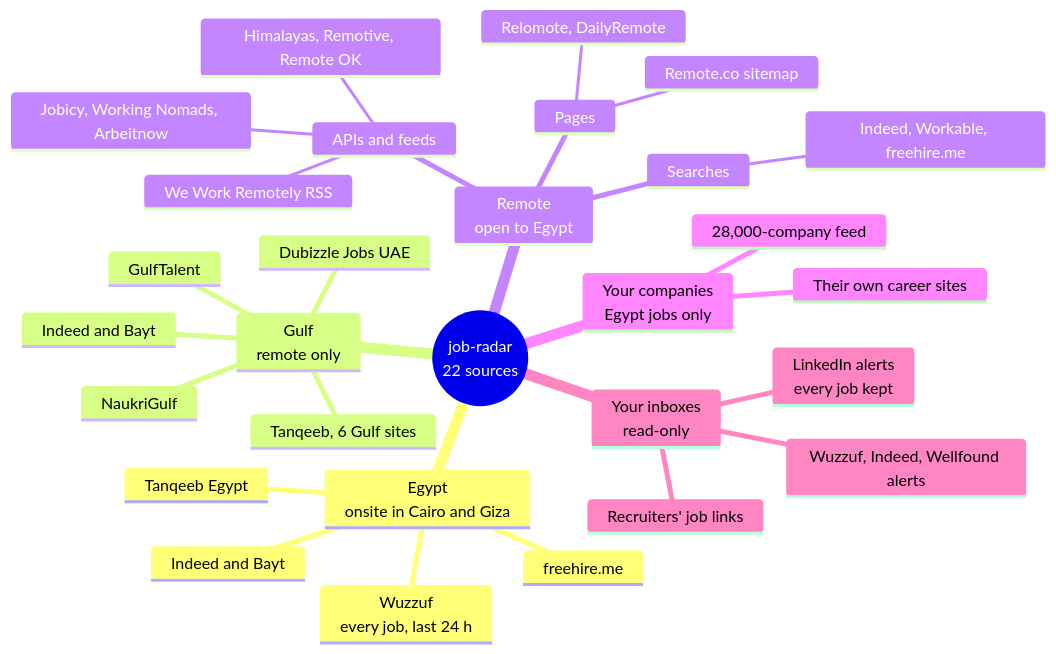
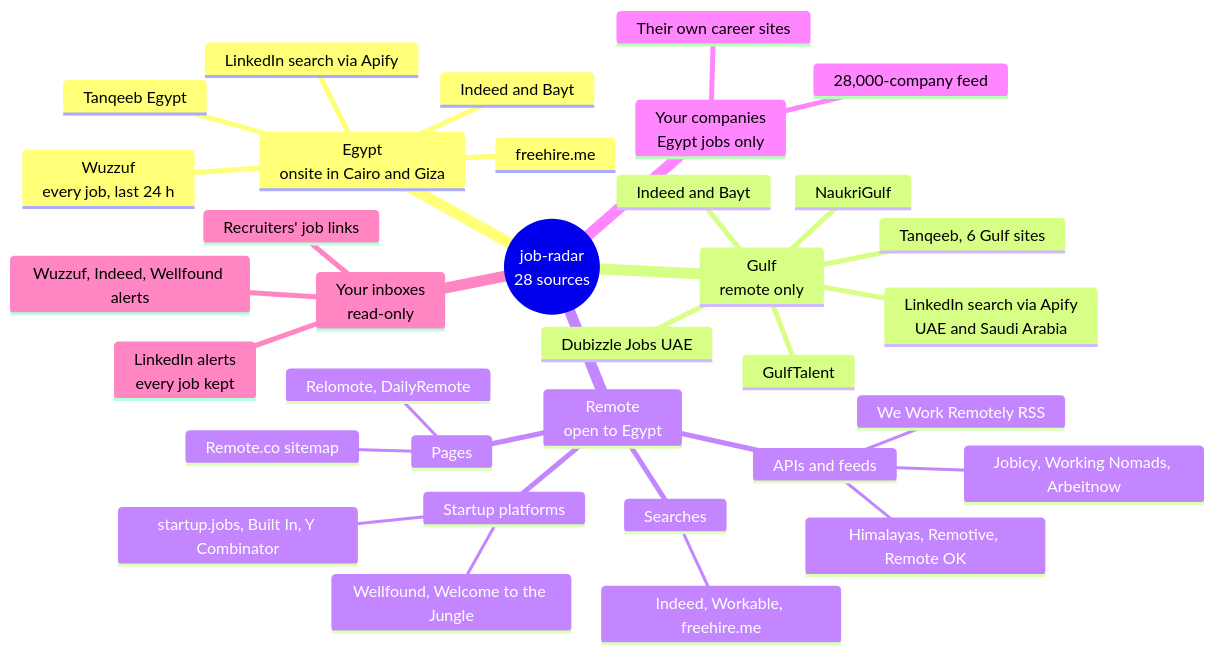
The second of 4 diagrams in docs/architecture.md (omarshalabyy1/job-radar), drawn with Mermaid before and after one commit. The commit also changed other lines of this file and 9 other files, not shown here.

Commit message:
Docs and diagrams: 28 sources with LinkedIn through Apify, 12 extract tasks, core.job_seen and core.claude_grade (off), the Dashboard with board filters and age levels

````diff
--- a/docs/architecture.md
+++ b/docs/architecture.md
@@ -46,34 +46,39 @@
 ```mermaid
 %% mindmap: where every job comes from, grouped by Omar's place rule
 %% Egypt (onsite or hybrid in Cairo and Giza) | Gulf (remote only) | Remote (open to Egypt) | your companies | your inboxes
 mindmap
-  root((job-radar<br>22 sources))
+  root((job-radar<br>28 sources))
     Egypt<br>onsite in Cairo and Giza
       Wuzzuf<br>every job, last 24 h
       Tanqeeb Egypt
       Indeed and Bayt
       freehire.me
+      LinkedIn search via Apify
     Gulf<br>remote only
       NaukriGulf
       GulfTalent
       Dubizzle Jobs UAE
       Tanqeeb, 6 Gulf sites
       Indeed and Bayt
+      LinkedIn search via Apify<br>UAE and Saudi Arabia
     Remote<br>open to Egypt
       APIs and feeds
         Himalayas, Remotive, Remote OK
         Jobicy, Working Nomads, Arbeitnow
         We Work Remotely RSS
       Pages
         Relomote, DailyRemote
         Remote.co sitemap
       Searches
         Indeed, Workable, freehire.me
+      Startup platforms
+        Wellfound, Welcome to the Jungle
+        startup.jobs, Built In, Y Combinator
     Your companies<br>Egypt jobs only
       Their own career sites
       28,000-company feed
     Your inboxes<br>read-only
       LinkedIn alerts<br>every job kept
       Wuzzuf, Indeed, Wellfound alerts
       Recruiters' job links
 ```
````
